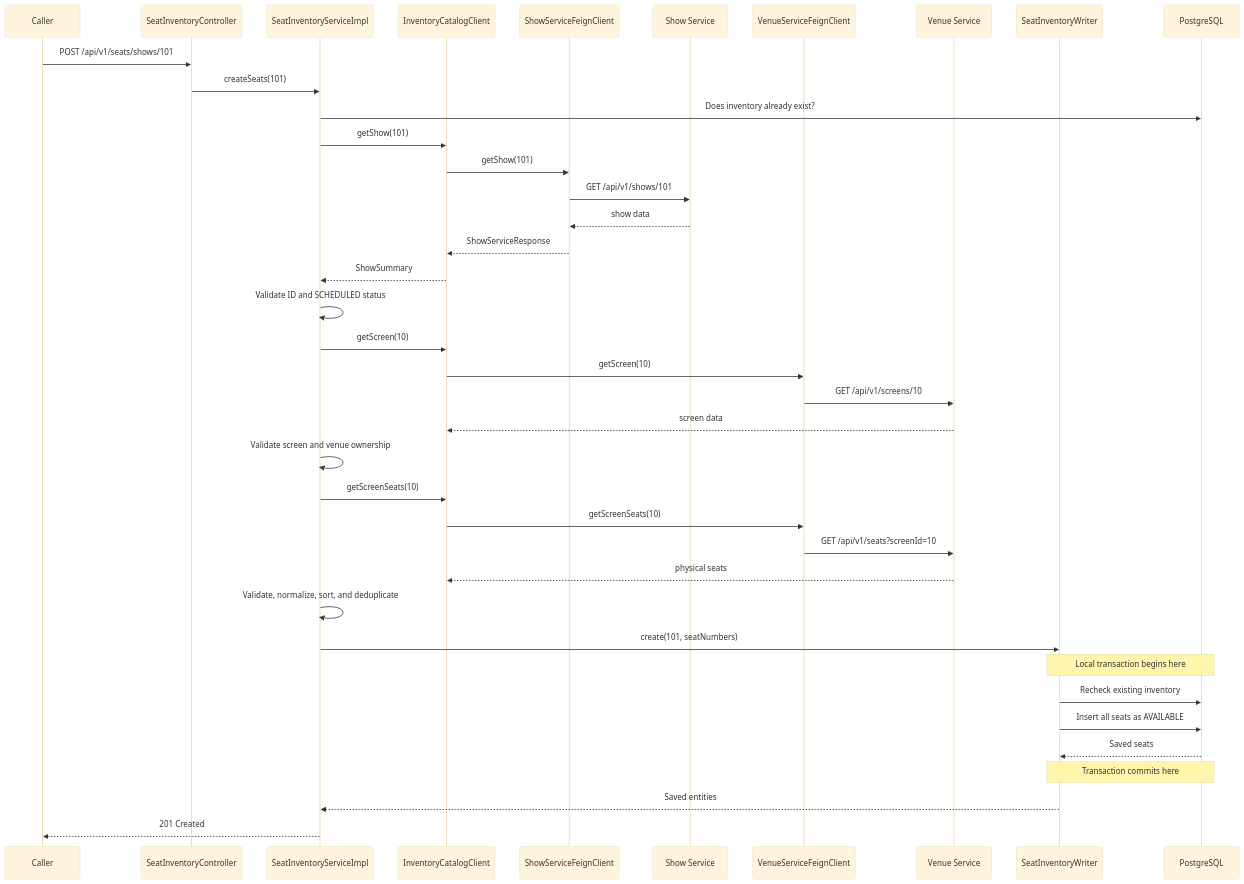
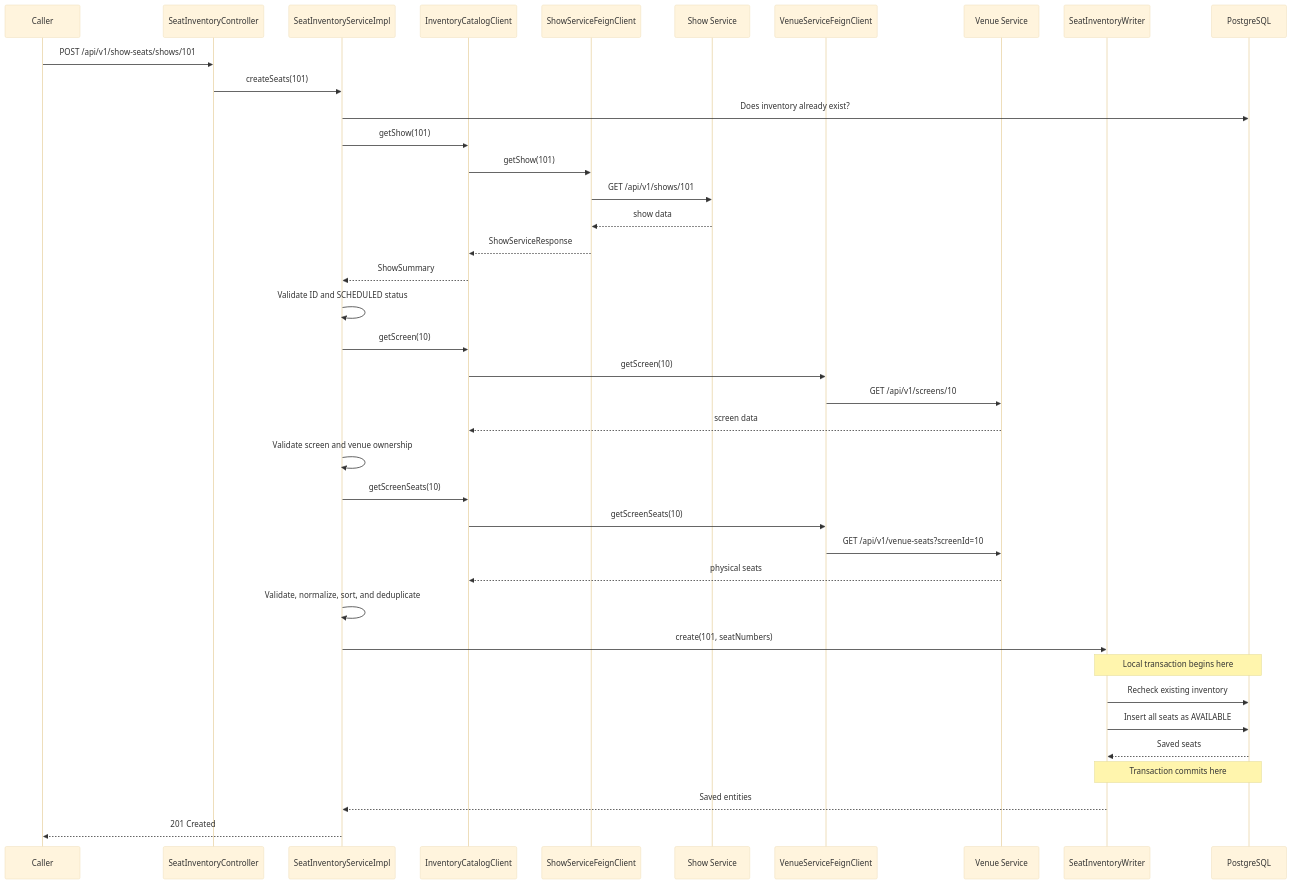
Before and after one commit to GURU075/showseat-ticket-booking-platform: the diagram in seat-inventory-service/FEIGN_CLIENT_AND_INVENTORY_CREATION_GUIDE.md, drawn with Mermaid (base theme). The commit also changed other lines of this file and 36 other files, not shown here.

````diff
--- a/seat-inventory-service/FEIGN_CLIENT_AND_INVENTORY_CREATION_GUIDE.md
+++ b/seat-inventory-service/FEIGN_CLIENT_AND_INVENTORY_CREATION_GUIDE.md
@@ -51,46 +51,46 @@
 ```mermaid
 sequenceDiagram
     participant Caller
     participant Controller as SeatInventoryController
     participant Service as SeatInventoryServiceImpl
     participant Catalog as InventoryCatalogClient
     participant ShowFeign as ShowServiceFeignClient
     participant Show as Show Service
     participant VenueFeign as VenueServiceFeignClient
     participant Venue as Venue Service
     participant Writer as SeatInventoryWriter
     participant DB as PostgreSQL
 
-    Caller->>Controller: POST /api/v1/seats/shows/101
+    Caller->>Controller: POST /api/v1/show-seats/shows/101
     Controller->>Service: createSeats(101)
     Service->>DB: Does inventory already exist?
 
     Service->>Catalog: getShow(101)
     Catalog->>ShowFeign: getShow(101)
     ShowFeign->>Show: GET /api/v1/shows/101
     Show-->>ShowFeign: show data
     ShowFeign-->>Catalog: ShowServiceResponse
     Catalog-->>Service: ShowSummary
     Service->>Service: Validate ID and SCHEDULED status
 
     Service->>Catalog: getScreen(10)
     Catalog->>VenueFeign: getScreen(10)
     VenueFeign->>Venue: GET /api/v1/screens/10
     Venue-->>Catalog: screen data
     Service->>Service: Validate screen and venue ownership
 
     Service->>Catalog: getScreenSeats(10)
     Catalog->>VenueFeign: getScreenSeats(10)
-    VenueFeign->>Venue: GET /api/v1/seats?screenId=10
+    VenueFeign->>Venue: GET /api/v1/venue-seats?screenId=10
     Venue-->>Catalog: physical seats
     Service->>Service: Validate, normalize, sort, and deduplicate
 
     Service->>Writer: create(101, seatNumbers)
     Note over Writer,DB: Local transaction begins here
     Writer->>DB: Recheck existing inventory
     Writer->>DB: Insert all seats as AVAILABLE
     DB-->>Writer: Saved seats
     Note over Writer,DB: Transaction commits here
     Writer-->>Service: Saved entities
     Service-->>Caller: 201 Created
 ```
````
